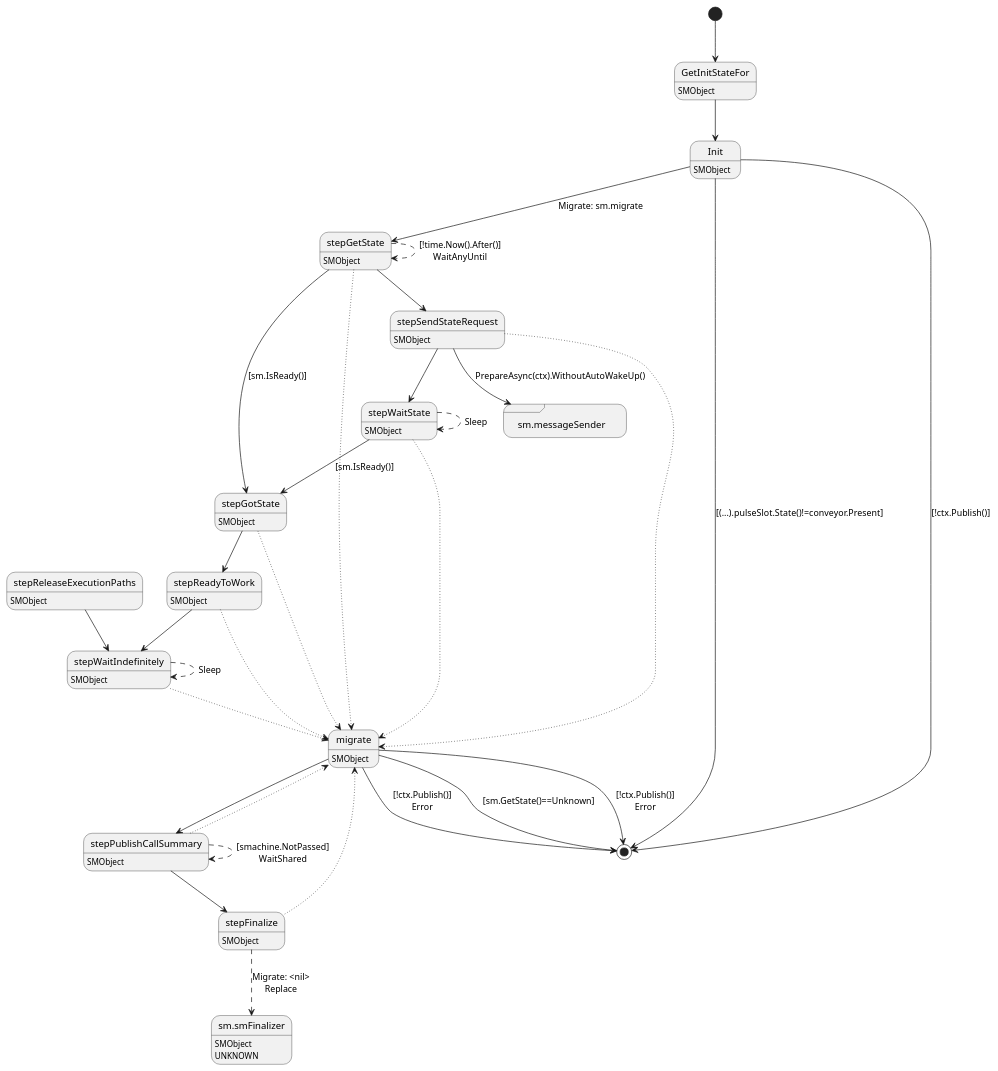
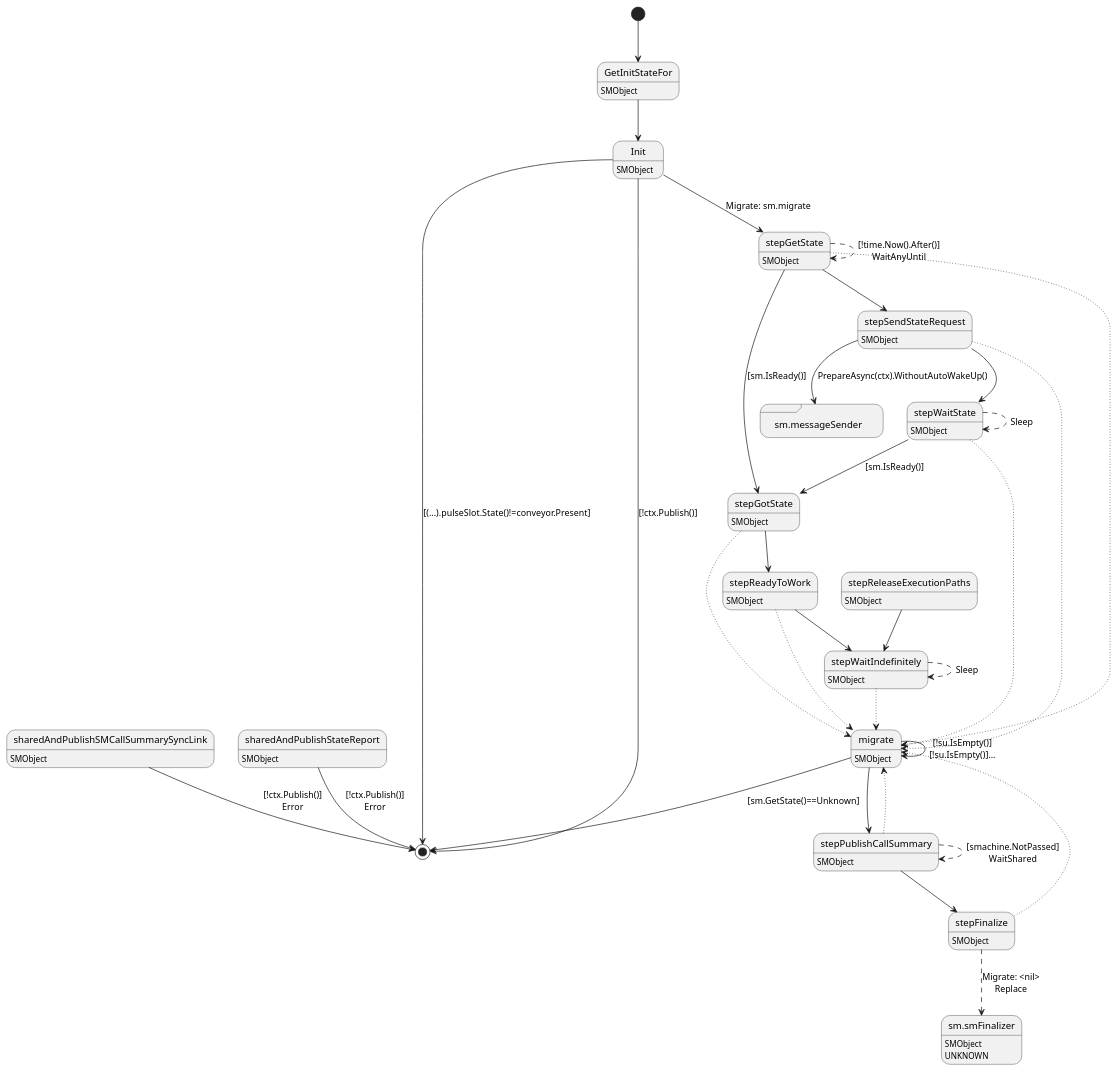
Before and after one commit to insolar/assured-ledger: the diagram in ledger-core/virtual/object/object.plantuml, drawn with PlantUML.

Commit message:
NOISSUE: update UML

```diff
--- a/ledger-core/virtual/object/object.plantuml
+++ b/ledger-core/virtual/object/object.plantuml
@@ -1,61 +1,66 @@
 @startuml
 state "GetInitStateFor" as T00_S001
 T00_S001 : SMObject
 [*] --> T00_S001
 T00_S001 --> T00_S002
 state "Init" as T00_S002
 T00_S002 : SMObject
 T00_S002 --> [*] : [(...).pulseSlot.State()!=conveyor.Present]
 T00_S002 --> [*] : [!ctx.Publish()]
 T00_S002 --> T00_S005 : Migrate: sm.migrate
 state "migrate" as T00_S011
 T00_S011 : SMObject
 T00_S011 --> [*] : [sm.GetState()==Unknown]
-T00_S011 --> [*] : [!ctx.Publish()]\nError
-T00_S011 --> [*] : [!ctx.Publish()]\nError
+T00_S011 --> T00_S011 : [!su.IsEmpty()]\n[!su.IsEmpty()]...
 T00_S011 --> T00_S012
+state "sharedAndPublishSMCallSummarySyncLink" as T00_S015
+T00_S015 : SMObject
+T00_S015 --> [*] : [!ctx.Publish()]\nError
+state "sharedAndPublishStateReport" as T00_S014
+T00_S014 : SMObject
+T00_S014 --> [*] : [!ctx.Publish()]\nError
 state "sm.messageSender" as T00_S004 <<sdlreceive>>
 state "stepFinalize" as T00_S013
 T00_S013 : SMObject
 T00_S013 --[dotted]> T00_S011
 state "sm.smFinalizer" as T00_U001
 T00_U001 : SMObject
 T00_U001 : UNKNOWN 
 T00_S013 --[dashed]> T00_U001 : Migrate: <nil>\nReplace
 state "stepGetState" as T00_S005
 T00_S005 : SMObject
 T00_S005 --[dotted]> T00_S011
 T00_S005 --> T00_S007 : [sm.IsReady()]
 T00_S005 --[dashed]> T00_S005 : [!time.Now().After()]\nWaitAnyUntil
 T00_S005 --> T00_S003
 state "stepGotState" as T00_S007
 T00_S007 : SMObject
 T00_S007 --[dotted]> T00_S011
 T00_S007 --> T00_S008
 state "stepPublishCallSummary" as T00_S012
 T00_S012 : SMObject
 T00_S012 --[dotted]> T00_S011
 T00_S012 --[dashed]> T00_S012 : [smachine.NotPassed]\nWaitShared
 T00_S012 --> T00_S013
 state "stepReadyToWork" as T00_S008
 T00_S008 : SMObject
 T00_S008 --[dotted]> T00_S011
 T00_S008 --> T00_S009
 state "stepReleaseExecutionPaths" as T00_S010
 T00_S010 : SMObject
 T00_S010 --> T00_S009
 state "stepSendStateRequest" as T00_S003
 T00_S003 : SMObject
 T00_S003 --[dotted]> T00_S011
 T00_S003 --> T00_S004 : PrepareAsync(ctx).WithoutAutoWakeUp()
 T00_S003 --> T00_S006
 state "stepWaitIndefinitely" as T00_S009
 T00_S009 : SMObject
 T00_S009 --[dotted]> T00_S011
 T00_S009 --[dashed]> T00_S009 : Sleep
 state "stepWaitState" as T00_S006
 T00_S006 : SMObject
 T00_S006 --[dotted]> T00_S011
 T00_S006 --> T00_S007 : [sm.IsReady()]
 T00_S006 --[dashed]> T00_S006 : Sleep
 @enduml
```
